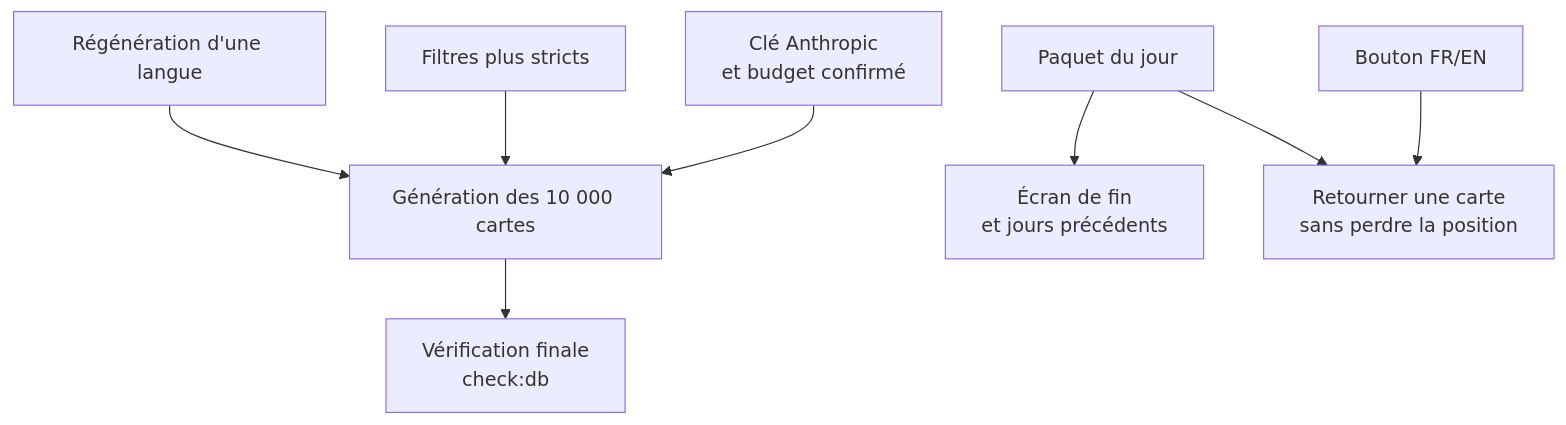
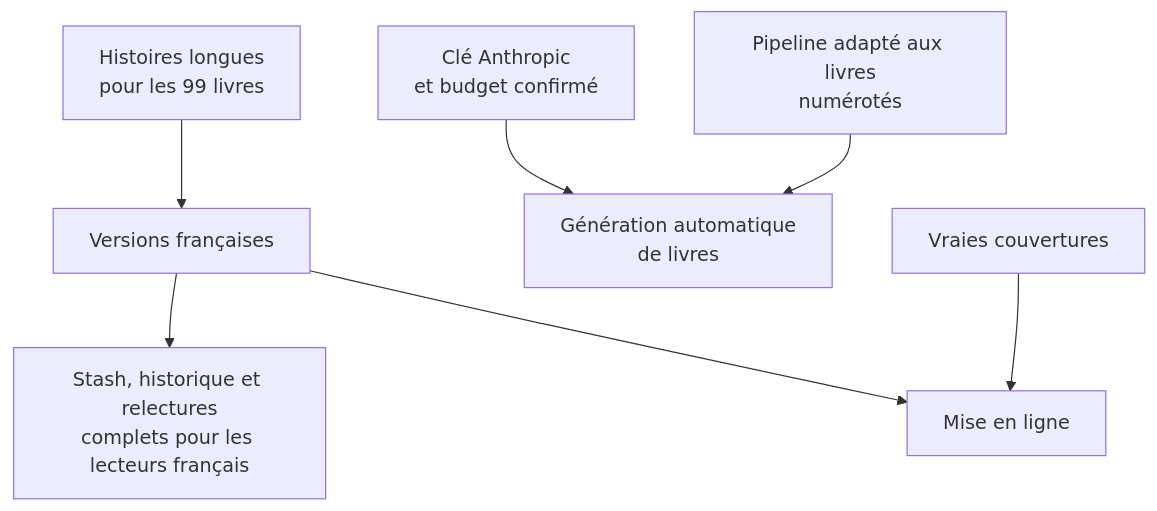
Before and after one commit to sami136kwe/deepstatsh: diagram 12 of 13 in docs/DOCUMENTATION.md, drawn with Mermaid. The commit also changed other lines of this file and 1 other file, not shown here.

````diff
--- a/docs/DOCUMENTATION.md
+++ b/docs/DOCUMENTATION.md
@@ -604,10 +703,9 @@
 ```mermaid
 flowchart TD
-    A["Génération des 10 000 cartes"] --> B["Vérification finale<br/>check:db"]
-    C["Régénération d'une langue"] --> A
-    D["Filtres plus stricts"] --> A
-    E["Clé Anthropic<br/>et budget confirmé"] --> A
-    F["Paquet du jour"] --> G["Écran de fin<br/>et jours précédents"]
-    H["Bouton FR/EN"] --> I["Retourner une carte<br/>sans perdre la position"]
-    F --> I
+    A["Histoires longues<br/>pour les 99 livres"] --> B["Versions françaises"]
+    B --> C["Stash, historique et relectures<br/>complets pour les lecteurs français"]
+    D["Clé Anthropic<br/>et budget confirmé"] --> E["Génération automatique<br/>de livres"]
+    F["Pipeline adapté aux livres<br/>numérotés"] --> E
+    G["Vraies couvertures"] --> H["Mise en ligne"]
+    B --> H
 ```
````
